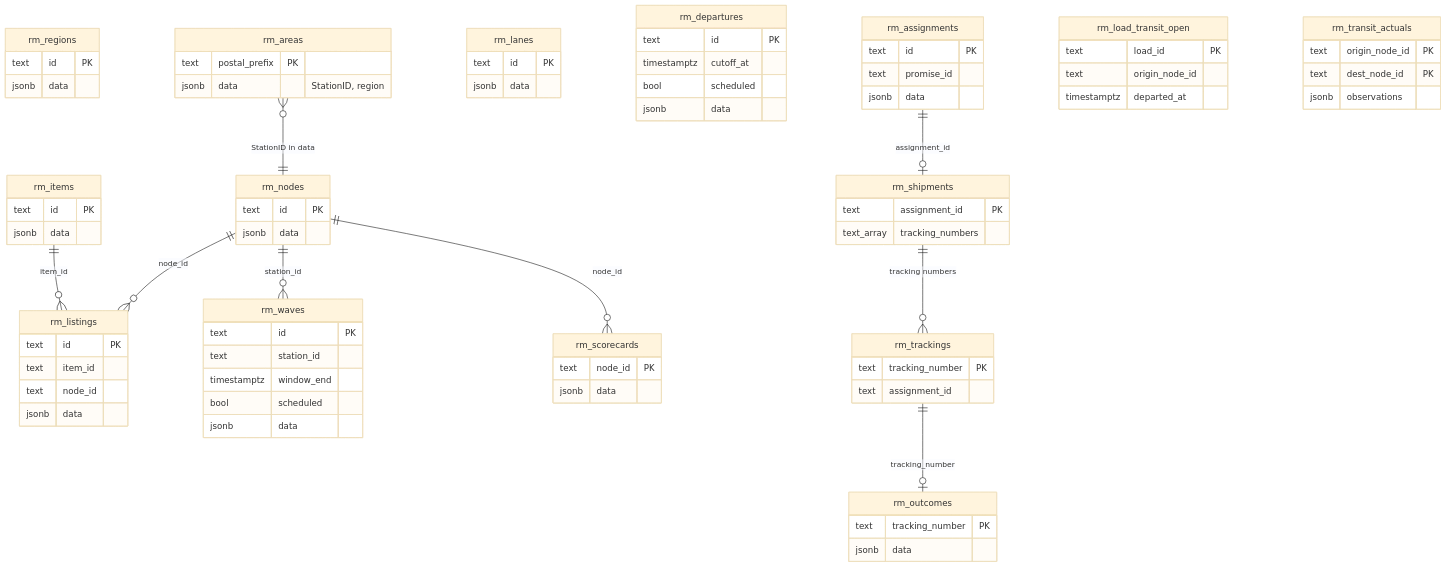
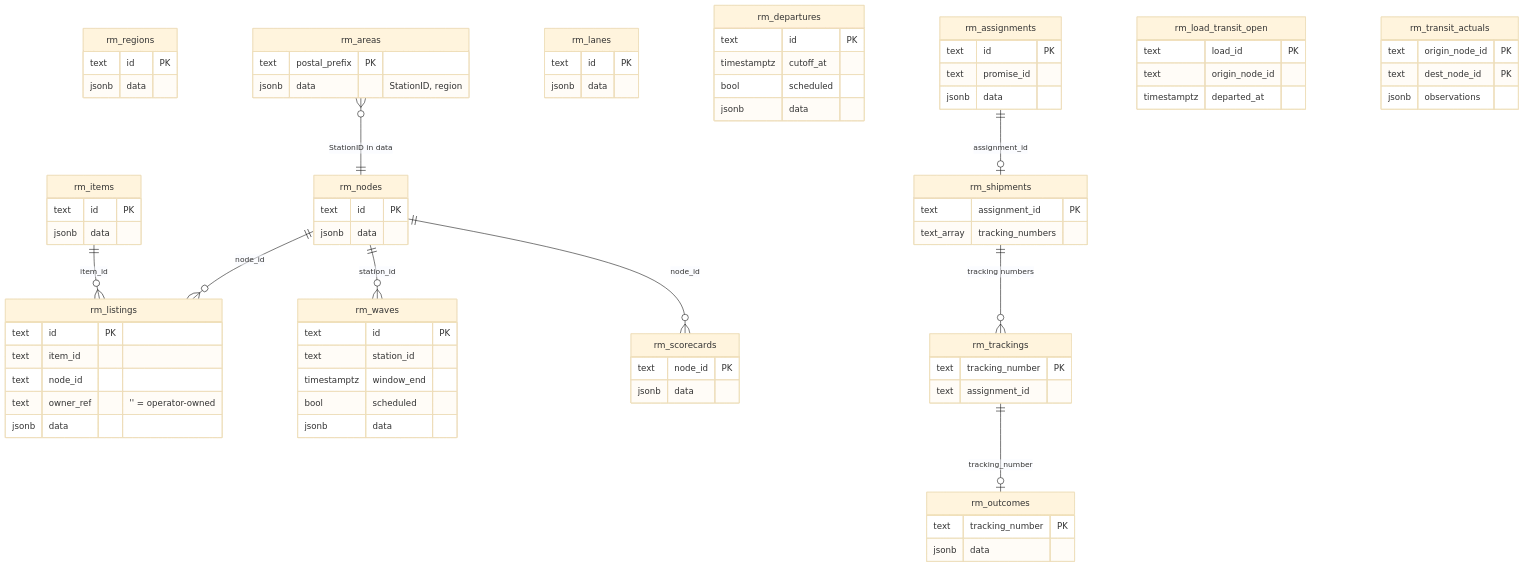
The second of 2 diagrams in docs/docs/ddd/entity-relationship.md (IQVO/delivery-promise), drawn with Mermaid (base theme) before and after one commit. The commit also changed other lines of this file and 19 other files, not shown here.

First line of the commit message:
docs(api): optional lines[].ownerRef on offers, promises and PromiseMade; owner on consumed listings (ADR 0017)

````diff
--- a/docs/docs/ddd/entity-relationship.md
+++ b/docs/docs/ddd/entity-relationship.md
@@ -99,81 +100,82 @@
 ```mermaid
 erDiagram
   rm_nodes {
     text id PK
     jsonb data
   }
   rm_regions {
     text id PK
     jsonb data
   }
   rm_areas {
     text postal_prefix PK
     jsonb data "StationID, region"
   }
   rm_lanes {
     text id PK
     jsonb data
   }
   rm_items {
     text id PK
     jsonb data
   }
   rm_listings {
     text id PK
     text item_id
     text node_id
+    text owner_ref "'' = operator-owned"
     jsonb data
   }
   rm_departures {
     text id PK
     timestamptz cutoff_at
     bool scheduled
     jsonb data
   }
   rm_waves {
     text id PK
     text station_id
     timestamptz window_end
     bool scheduled
     jsonb data
   }
   rm_scorecards {
     text node_id PK
     jsonb data
   }
   rm_assignments {
     text id PK
     text promise_id
     jsonb data
   }
   rm_shipments {
     text assignment_id PK
     text_array tracking_numbers
   }
   rm_trackings {
     text tracking_number PK
     text assignment_id
   }
   rm_outcomes {
     text tracking_number PK
     jsonb data
   }
   rm_load_transit_open {
     text load_id PK
     text origin_node_id
     timestamptz departed_at
   }
   rm_transit_actuals {
     text origin_node_id PK
     text dest_node_id PK
     jsonb observations
   }
   rm_nodes ||--o{ rm_listings : "node_id"
   rm_items ||--o{ rm_listings : "item_id"
   rm_nodes ||--o{ rm_scorecards : "node_id"
   rm_nodes ||--o{ rm_waves : "station_id"
   rm_areas }o--|| rm_nodes : "StationID in data"
   rm_assignments ||--o| rm_shipments : "assignment_id"
   rm_shipments ||--o{ rm_trackings : "tracking numbers"
   rm_trackings ||--o| rm_outcomes : "tracking_number"
 ```
````
